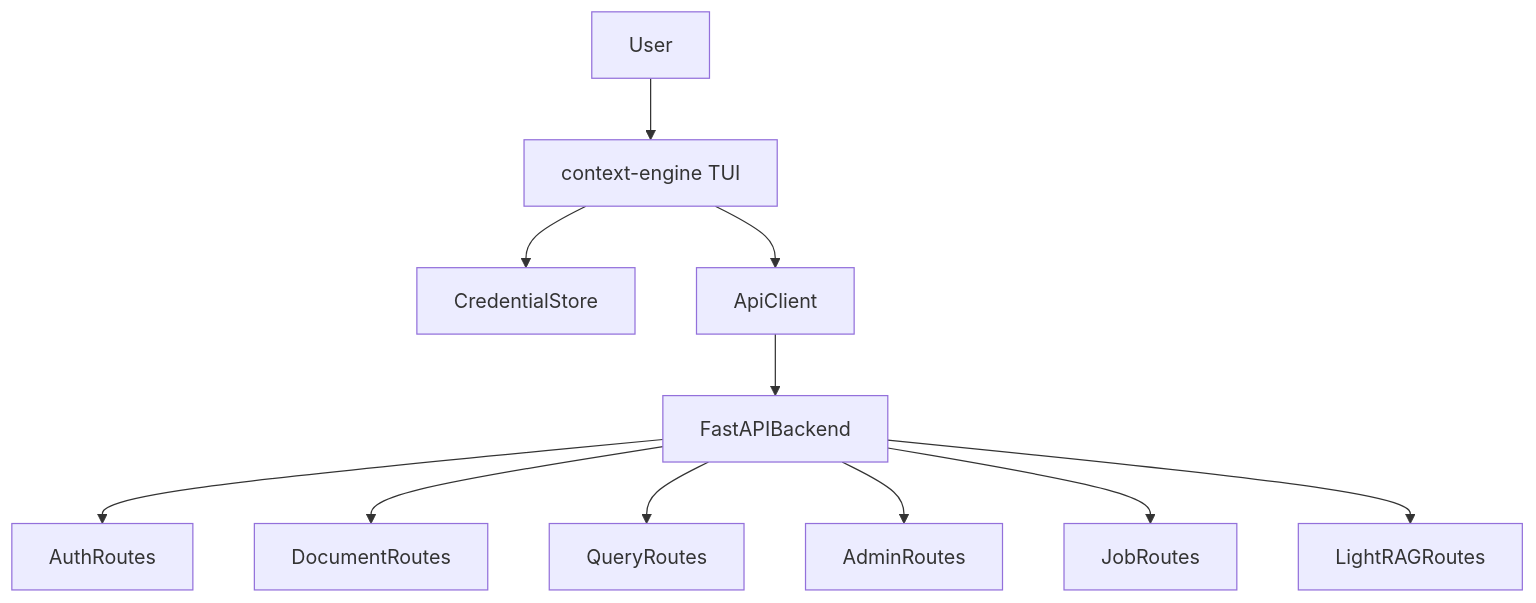
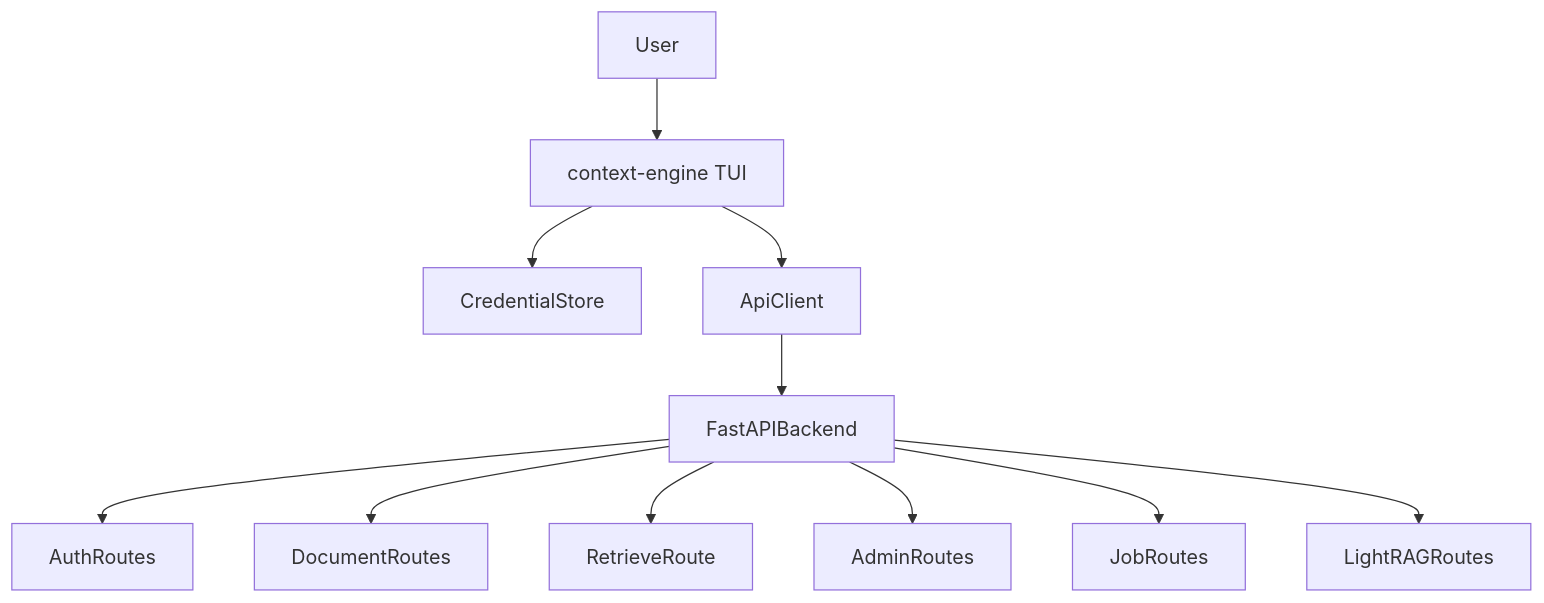
The diagram in docs/cli_docs/README.md (tabesink/context_engine), drawn with Mermaid before and after one commit. The commit also changed other lines of this file and 91 other files, not shown here.

````diff
--- a/docs/cli_docs/README.md
+++ b/docs/cli_docs/README.md
@@ -64,13 +64,13 @@
 ```mermaid
 flowchart TD
     user[User] --> cli[context-engine TUI]
     cli --> credentials[CredentialStore]
     cli --> client[ApiClient]
     client --> backend[FastAPIBackend]
     backend --> auth[AuthRoutes]
     backend --> docs[DocumentRoutes]
-    backend --> query[QueryRoutes]
+    backend --> retrieve[RetrieveRoute]
     backend --> admin[AdminRoutes]
     backend --> jobs[JobRoutes]
     backend --> lightrag[LightRAGRoutes]
 ```
````
